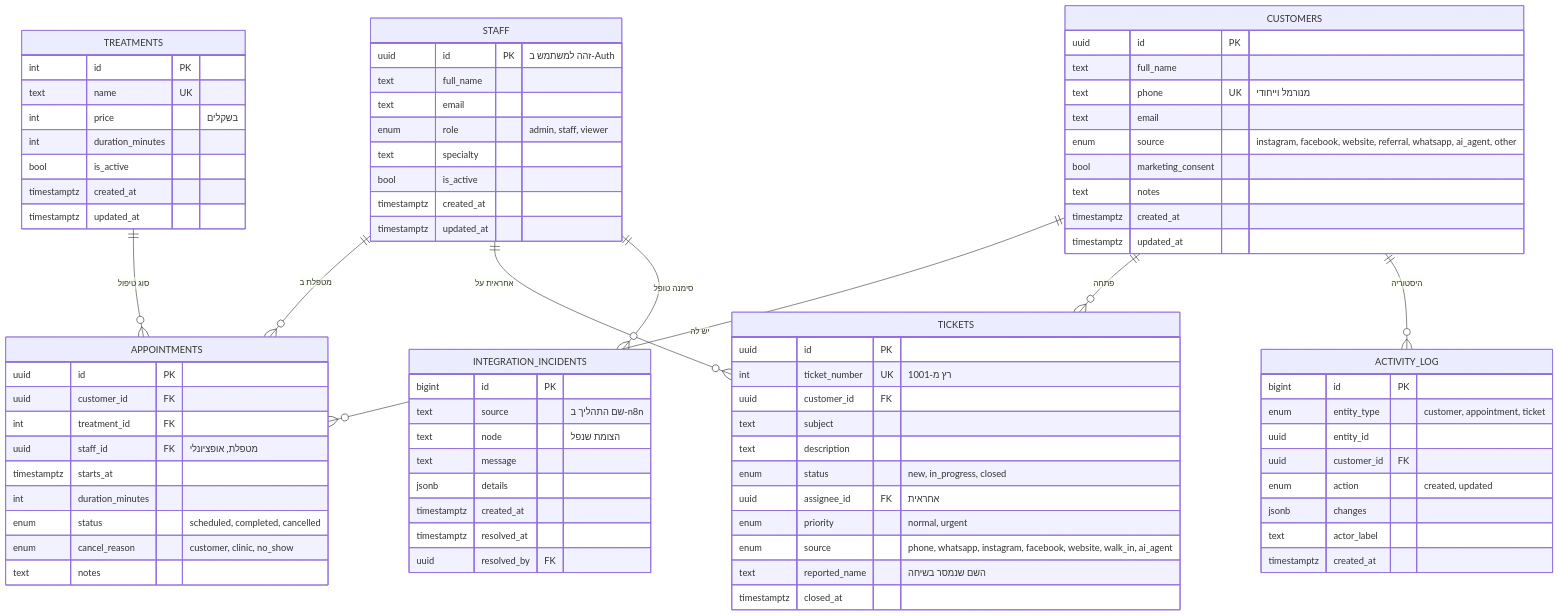
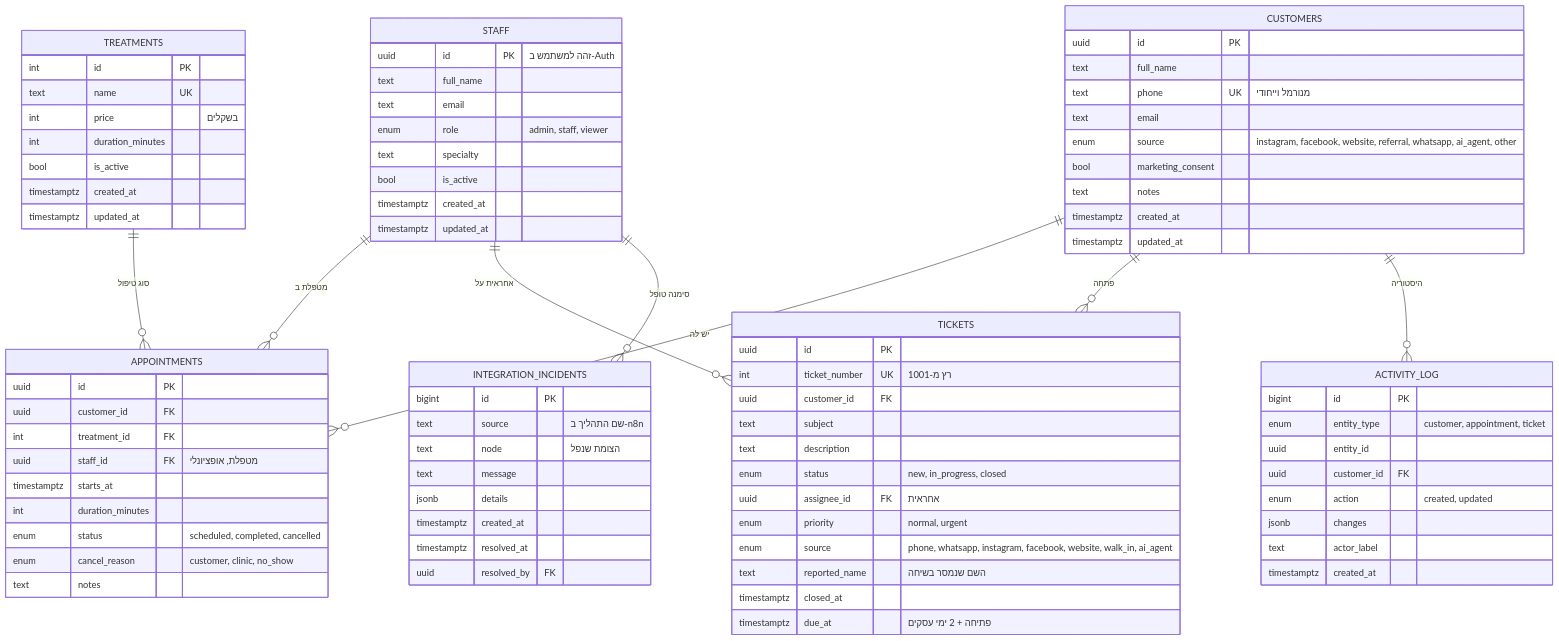
The fourth of 5 diagrams in docs/PRD.md (SanityBox/clinic-ora-crm), drawn with Mermaid before and after one commit. The commit also changed other lines of this file and 22 other files, not shown here.

Commit message:
שלב 30: קריאה חורגת = פתוחה מעל 2 ימי עסקים (ticket_due_at, tickets.due_at, מסכים, PRD)

```diff
--- a/docs/PRD.md
+++ b/docs/PRD.md
@@ -616,6 +616,7 @@
         enum source "phone, whatsapp, instagram, facebook, website, walk_in, ai_agent"
         text reported_name "השם שנמסר בשיחה"
         timestamptz closed_at
+        timestamptz due_at "פתיחה + 2 ימי עסקים"
     }
     ACTIVITY_LOG {
         bigint id PK
```
